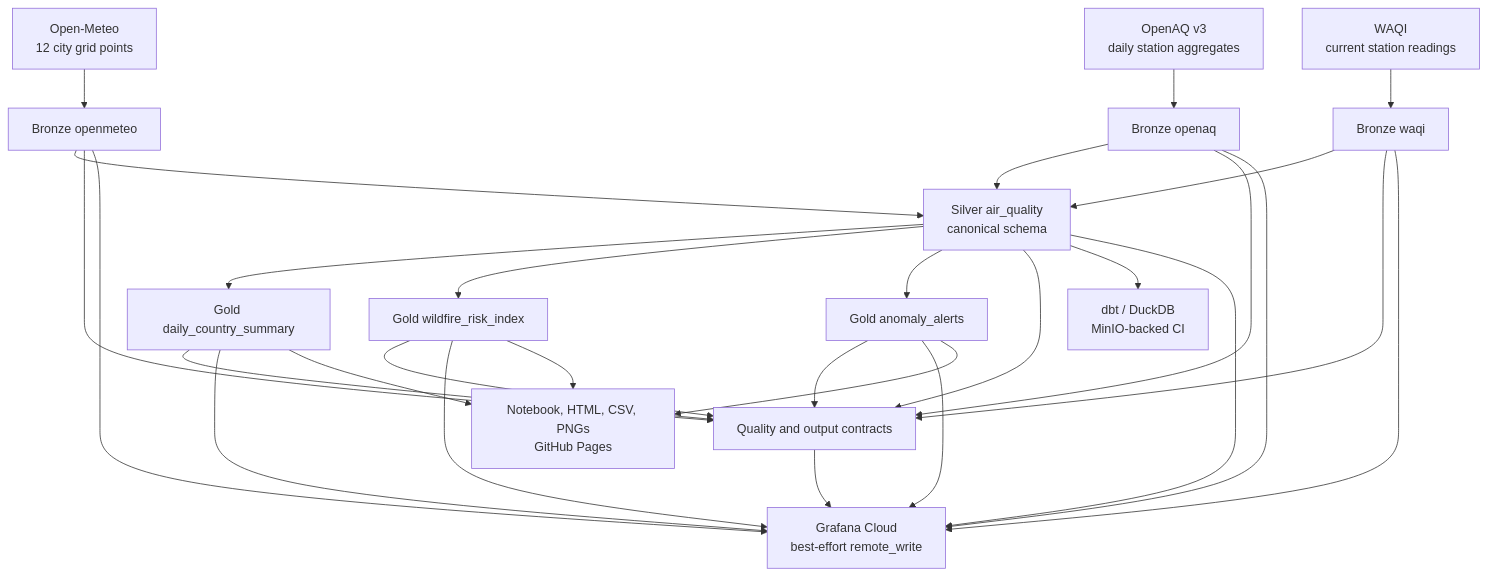
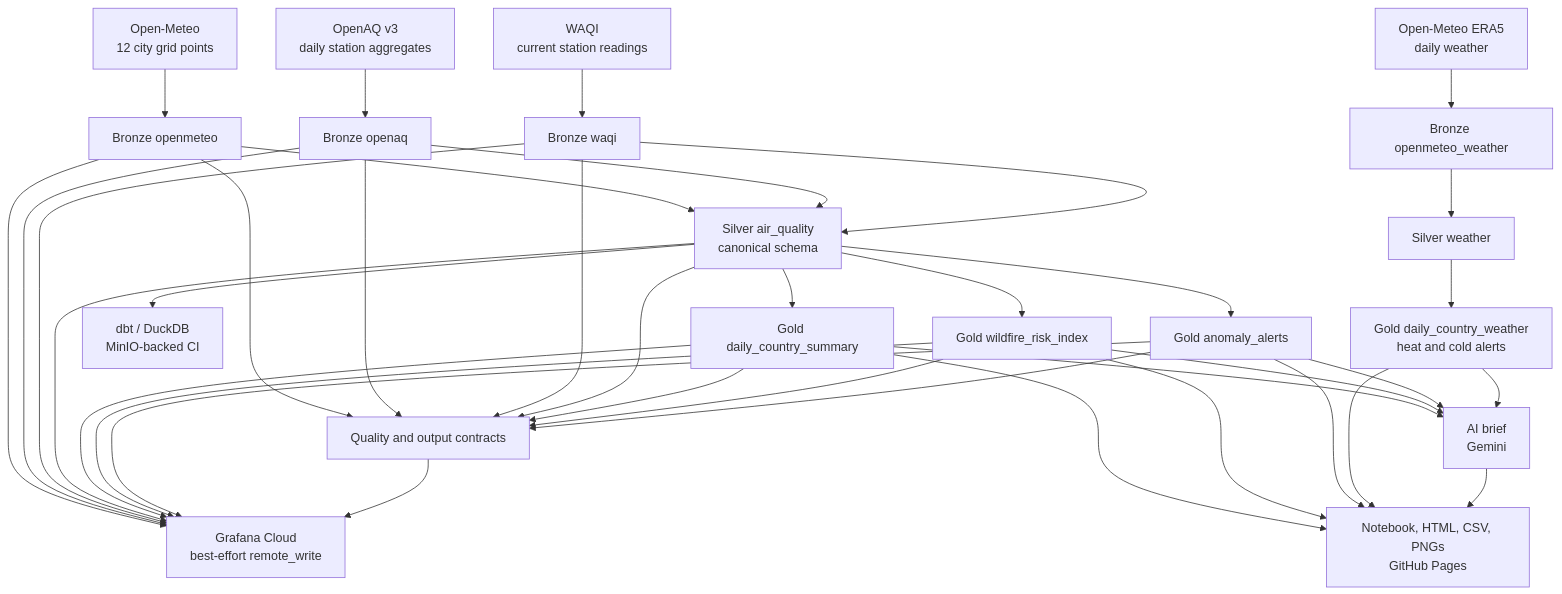
The diagram in docs/architecture.md (ReguiguiMohamed/MediterraneanWillForge), drawn with Mermaid before and after one commit. The commit also changed other lines of this file and 1 other file, not shown here.

First line of the commit message:
docs: describe the seasonal report and the weather path

````diff
--- a/docs/architecture.md
+++ b/docs/architecture.md
@@ -9,31 +10,40 @@
 ```mermaid
 flowchart TD
     OM["Open-Meteo<br/>12 city grid points"]
     OA["OpenAQ v3<br/>daily station aggregates"]
     WQ["WAQI<br/>current station readings"]
+    OW["Open-Meteo ERA5<br/>daily weather"]
 
     BO["Bronze openmeteo"]
     BA["Bronze openaq"]
     BW["Bronze waqi"]
+    BX["Bronze openmeteo_weather"]
     SI["Silver air_quality<br/>canonical schema"]
+    SX["Silver weather"]
     GD["Gold daily_country_summary"]
     GW["Gold wildfire_risk_index"]
     GA["Gold anomaly_alerts"]
+    GX["Gold daily_country_weather<br/>heat and cold alerts"]
+    AI["AI brief<br/>Gemini"]
     Q["Quality and output contracts"]
     DBT["dbt / DuckDB<br/>MinIO-backed CI"]
     GC["Grafana Cloud<br/>best-effort remote_write"]
     RP["Notebook, HTML, CSV, PNGs<br/>GitHub Pages"]
 
     OM --> BO
     OA --> BA
     WQ --> BW
+    OW --> BX
+    BX --> SX
+    SX --> GX
     BO & BA & BW --> SI
     SI --> GD
     SI --> GW
     SI --> GA
     BO & BA & BW & SI --> Q
     GD & GW & GA --> Q
     SI --> DBT
     BO & BA & BW & SI & GD & GW & GA & Q --> GC
-    GD & GW & GA --> RP
+    GD & GW & GA & GX --> AI
+    GD & GW & GA & GX & AI --> RP
 ```
````
